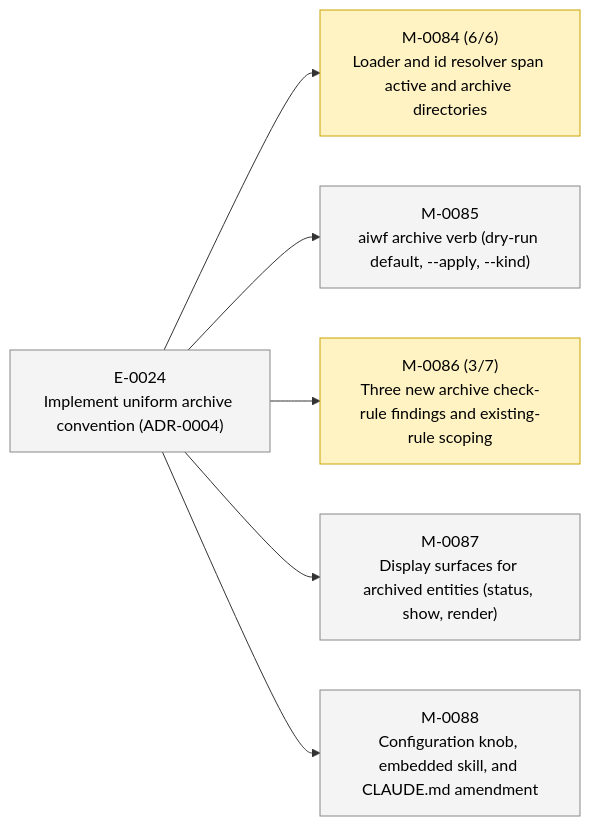
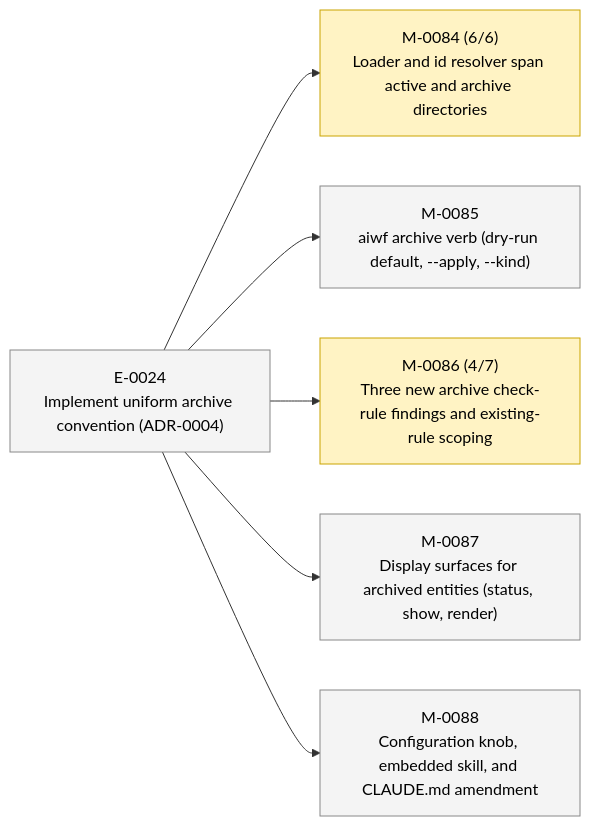
The second of 2 diagrams in STATUS.md (23min/aiwf), drawn with Mermaid before and after one commit. The commit also changed other lines of this file and 1 other file, not shown here.

````diff
--- a/STATUS.md
+++ b/STATUS.md
@@ -49,20 +49,20 @@
 ```mermaid
 flowchart LR
   E_0024["E-0024<br/>Implement uniform archive convention (ADR-0004)"]:::epic_proposed
   M_0084["M-0084 (6/6)<br/>Loader and id resolver span active and archive directories"]:::ms_in_progress
   E_0024 --> M_0084
   M_0085["M-0085<br/>aiwf archive verb (dry-run default, --apply, --kind)"]:::ms_draft
   E_0024 --> M_0085
-  M_0086["M-0086 (3/7)<br/>Three new archive check-rule findings and existing-rule scoping"]:::ms_in_progress
+  M_0086["M-0086 (4/7)<br/>Three new archive check-rule findings and existing-rule scoping"]:::ms_in_progress
   E_0024 --> M_0086
   M_0087["M-0087<br/>Display surfaces for archived entities (status, show, render)"]:::ms_draft
   E_0024 --> M_0087
   M_0088["M-0088<br/>Configuration knob, embedded skill, and CLAUDE.md amendment"]:::ms_draft
   E_0024 --> M_0088
   classDef epic_active fill:#d6eaff,stroke:#1a73e8,color:#000
   classDef epic_proposed fill:#f4f4f4,stroke:#888,color:#000
   classDef ms_done fill:#d8f5d8,stroke:#2a8a2a,color:#000
   classDef ms_in_progress fill:#fff3c4,stroke:#caa400,color:#000
   classDef ms_draft fill:#f4f4f4,stroke:#888,color:#000
   classDef ms_cancelled fill:#fbeaea,stroke:#c33,color:#000
 ```
````
